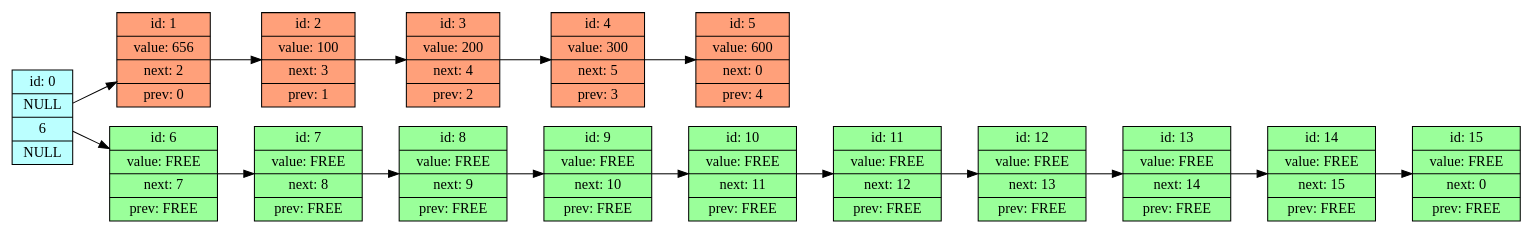
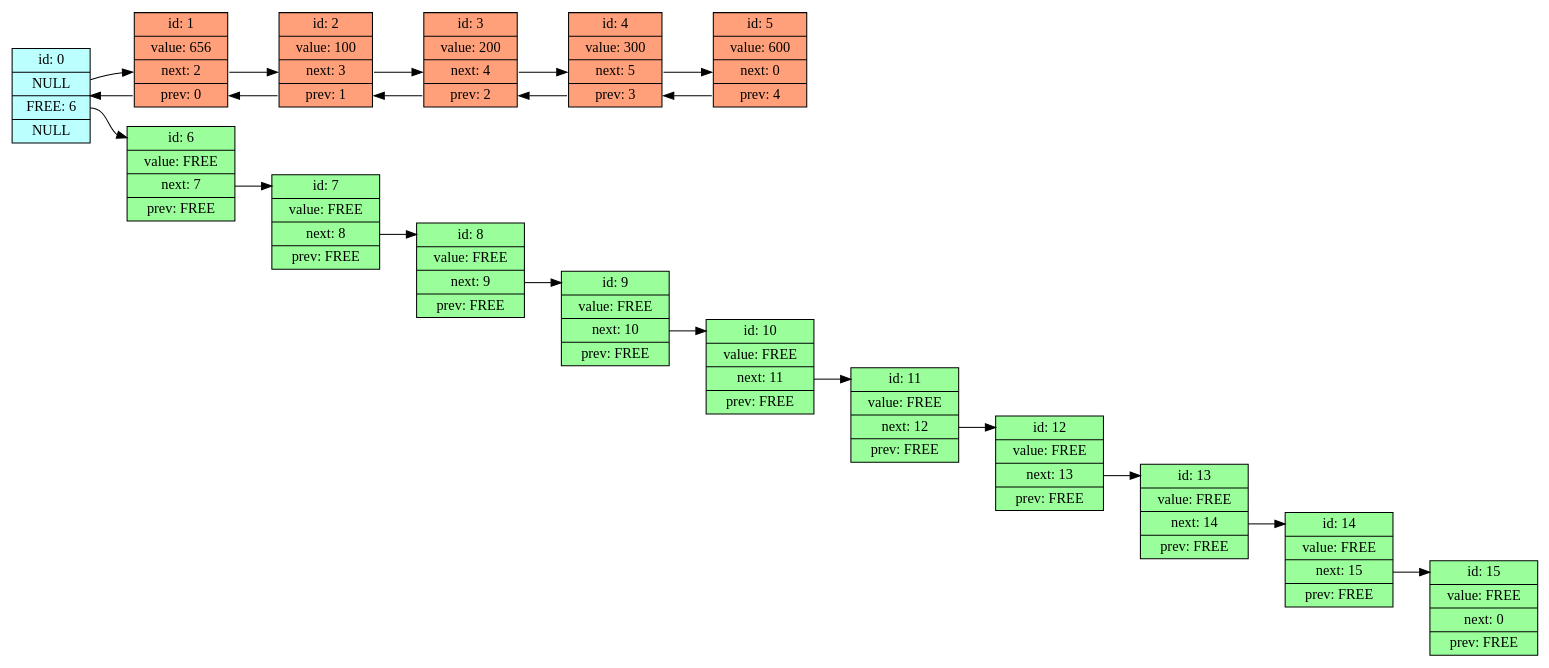
One commit to Troll0ton/List changed the diagram in dump/list_graph.dot. Above: the diagram before and after it, drawn with Graphviz. The commit also changed 35 other files, not shown here.

```diff
--- a/dump/list_graph.dot
+++ b/dump/list_graph.dot
@@ -1,21 +1,39 @@
 digraph structs {
-  rankdir=LR;    
-cell0 [style= "filled" , color= "black", fillcolor= "paleturquoise1", shape=record,label=" id: 0 | NULL | 6 | NULL " ];
-  cell1 [style= "filled" , color= "black", fillcolor= "lightsalmon", shape=record,label=" id: 1 | value:   656 | next:     2 | prev:     0" ];
-  cell2 [style= "filled" , color= "black", fillcolor= "lightsalmon", shape=record,label=" id: 2 | value:   100 | next:     3 | prev:     1" ];
-  cell3 [style= "filled" , color= "black", fillcolor= "lightsalmon", shape=record,label=" id: 3 | value:   200 | next:     4 | prev:     2" ];
-  cell4 [style= "filled" , color= "black", fillcolor= "lightsalmon", shape=record,label=" id: 4 | value:   300 | next:     5 | prev:     3" ];
-  cell5 [style= "filled" , color= "black", fillcolor= "lightsalmon", shape=record,label=" id: 5 | value:   600 | next:     0 | prev:     4" ];
-  cell6 [style= "filled" , color= "black", fillcolor= "palegreen1", shape=record,label=" id: 6 | value: FREE | next:     7 | prev: FREE " ];
-  cell7 [style= "filled" , color= "black", fillcolor= "palegreen1", shape=record,label=" id: 7 | value: FREE | next:     8 | prev: FREE " ];
-  cell8 [style= "filled" , color= "black", fillcolor= "palegreen1", shape=record,label=" id: 8 | value: FREE | next:     9 | prev: FREE " ];
-  cell9 [style= "filled" , color= "black", fillcolor= "palegreen1", shape=record,label=" id: 9 | value: FREE | next:    10 | prev: FREE " ];
-  cell10 [style= "filled" , color= "black", fillcolor= "palegreen1", shape=record,label=" id: 10 | value: FREE | next:    11 | prev: FREE " ];
-  cell11 [style= "filled" , color= "black", fillcolor= "palegreen1", shape=record,label=" id: 11 | value: FREE | next:    12 | prev: FREE " ];
-  cell12 [style= "filled" , color= "black", fillcolor= "palegreen1", shape=record,label=" id: 12 | value: FREE | next:    13 | prev: FREE " ];
-  cell13 [style= "filled" , color= "black", fillcolor= "palegreen1", shape=record,label=" id: 13 | value: FREE | next:    14 | prev: FREE " ];
-  cell14 [style= "filled" , color= "black", fillcolor= "palegreen1", shape=record,label=" id: 14 | value: FREE | next:    15 | prev: FREE " ];
-  cell15 [style= "filled" , color= "black", fillcolor= "palegreen1", shape=record,label=" id: 15 | value: FREE | next:     0 | prev: FREE " ];
-  cell0 -> cell1 -> cell2 -> cell3 -> cell4 -> cell5;
-cell0 -> cell6 -> cell7 -> cell8 -> cell9 -> cell10 -> cell11 -> cell12 -> cell13 -> cell14 -> cell15;
+rankdir=LR;      
+cell0 [style= "filled" , color= "black", fillcolor= "paleturquoise1", shape=record,label=" id: 0 | NULL | <frn0> FREE: 6 | NULL " ];
+cell1 [style= "filled", color= "black", fillcolor= "lightsalmon", shape=record,label=" id: 1 | value:   656 |<nxt1> next:     2 | <prv1> prev:     0" ];
+cell2 [style= "filled", color= "black", fillcolor= "lightsalmon", shape=record,label=" id: 2 | value:   100 |<nxt2> next:     3 | <prv2> prev:     1" ];
+cell3 [style= "filled", color= "black", fillcolor= "lightsalmon", shape=record,label=" id: 3 | value:   200 |<nxt3> next:     4 | <prv3> prev:     2" ];
+cell4 [style= "filled", color= "black", fillcolor= "lightsalmon", shape=record,label=" id: 4 | value:   300 |<nxt4> next:     5 | <prv4> prev:     3" ];
+cell5 [style= "filled", color= "black", fillcolor= "lightsalmon", shape=record,label=" id: 5 | value:   600 |<nxt5> next:     0 | <prv5> prev:     4" ];
+  cell6 [style= "filled" , color= "black", fillcolor= "palegreen1", shape=record,label=" <fr6> id: 6 | value: FREE | <frn6> next:     7 | prev: FREE " ];
+  cell7 [style= "filled" , color= "black", fillcolor= "palegreen1", shape=record,label=" <fr7> id: 7 | value: FREE | <frn7> next:     8 | prev: FREE " ];
+  cell8 [style= "filled" , color= "black", fillcolor= "palegreen1", shape=record,label=" <fr8> id: 8 | value: FREE | <frn8> next:     9 | prev: FREE " ];
+  cell9 [style= "filled" , color= "black", fillcolor= "palegreen1", shape=record,label=" <fr9> id: 9 | value: FREE | <frn9> next:    10 | prev: FREE " ];
+  cell10 [style= "filled" , color= "black", fillcolor= "palegreen1", shape=record,label=" <fr10> id: 10 | value: FREE | <frn10> next:    11 | prev: FREE " ];
+  cell11 [style= "filled" , color= "black", fillcolor= "palegreen1", shape=record,label=" <fr11> id: 11 | value: FREE | <frn11> next:    12 | prev: FREE " ];
+  cell12 [style= "filled" , color= "black", fillcolor= "palegreen1", shape=record,label=" <fr12> id: 12 | value: FREE | <frn12> next:    13 | prev: FREE " ];
+  cell13 [style= "filled" , color= "black", fillcolor= "palegreen1", shape=record,label=" <fr13> id: 13 | value: FREE | <frn13> next:    14 | prev: FREE " ];
+  cell14 [style= "filled" , color= "black", fillcolor= "palegreen1", shape=record,label=" <fr14> id: 14 | value: FREE | <frn14> next:    15 | prev: FREE " ];
+  cell15 [style= "filled" , color= "black", fillcolor= "palegreen1", shape=record,label=" <fr15> id: 15 | value: FREE | <frn15> next:     0 | prev: FREE " ];
+  cell0: <nxt0> -> cell1: <nxt1>;
+cell1: <prv1> -> cell0: <prv0>;
+cell1: <nxt1> -> cell2: <nxt2>;
+cell2: <prv2> -> cell1: <prv1>;
+cell2: <nxt2> -> cell3: <nxt3>;
+cell3: <prv3> -> cell2: <prv2>;
+cell3: <nxt3> -> cell4: <nxt4>;
+cell4: <prv4> -> cell3: <prv3>;
+cell4: <nxt4> -> cell5: <nxt5>;
+cell5: <prv5> -> cell4: <prv4>;
+cell0: <frn0> -> cell6: <fr6>;
+cell6: <frn6> -> cell7: <fr7>;
+cell7: <frn7> -> cell8: <fr8>;
+cell8: <frn8> -> cell9: <fr9>;
+cell9: <frn9> -> cell10: <fr10>;
+cell10: <frn10> -> cell11: <fr11>;
+cell11: <frn11> -> cell12: <fr12>;
+cell12: <frn12> -> cell13: <fr13>;
+cell13: <frn13> -> cell14: <fr14>;
+cell14: <frn14> -> cell15: <fr15>;
 }
```
